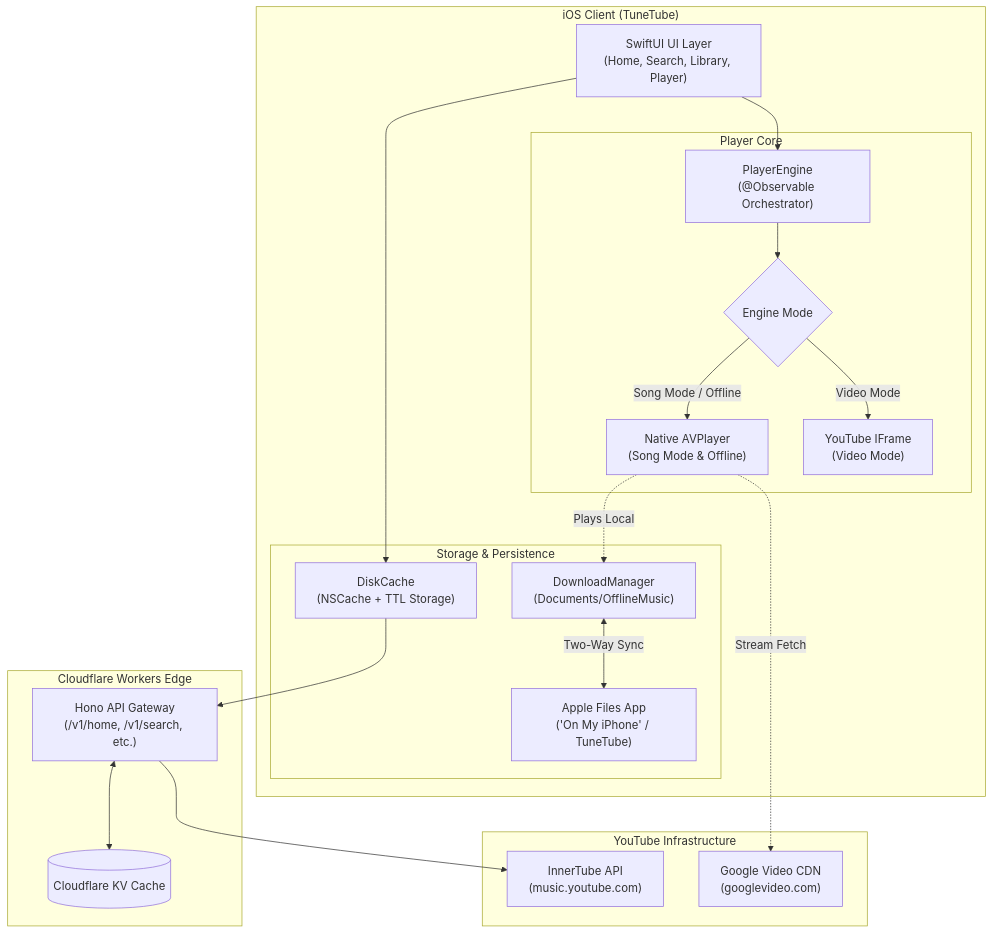
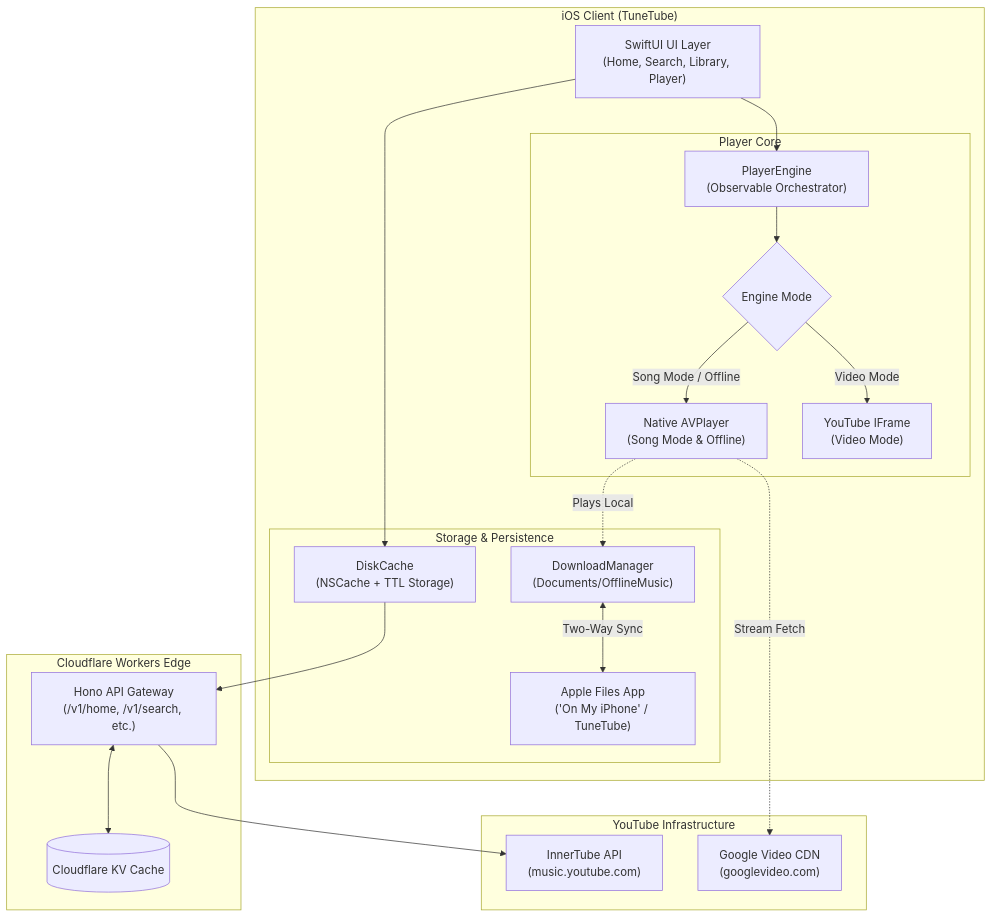
The diagram in README.md (MachangDoniel/TuneTube), drawn with Mermaid before and after one commit. The commit also changed 1 other file, not shown here.

Commit message:
docs: fix Mermaid syntax errors in ARCHITECTURE.md and README.md

````diff
--- a/README.md
+++ b/README.md
@@ -48,44 +48,44 @@
 ```mermaid
 flowchart TB
     subgraph iOSClient ["iOS Client (TuneTube)"]
         UI["SwiftUI UI Layer\n(Home, Search, Library, Player)"]
         
         subgraph EngineCore ["Player Core"]
-            PlayerEngine["PlayerEngine\n(@Observable Orchestrator)"]
+            PlayerEngine["PlayerEngine\n(Observable Orchestrator)"]
             Mode{"Engine Mode"}
             AVP["Native AVPlayer\n(Song Mode & Offline)"]
             IFrame["YouTube IFrame\n(Video Mode)"]
         end
         
         subgraph StorageCore ["Storage & Persistence"]
             DiskCache["DiskCache\n(NSCache + TTL Storage)"]
             DownloadMgr["DownloadManager\n(Documents/OfflineMusic)"]
             FilesApp["Apple Files App\n('On My iPhone' / TuneTube)"]
         end
     end
 
     subgraph Edge ["Cloudflare Workers Edge"]
         Worker["Hono API Gateway\n(/v1/home, /v1/search, etc.)"]
         KV[("Cloudflare KV Cache")]
     end
 
     subgraph Upstream ["YouTube Infrastructure"]
         InnerTube["InnerTube API\n(music.youtube.com)"]
         CDN["Google Video CDN\n(googlevideo.com)"]
     end
 
     UI --> PlayerEngine
     PlayerEngine --> Mode
     Mode -- "Song Mode / Offline" --> AVP
     Mode -- "Video Mode" --> IFrame
     
     AVP -. "Plays Local" .-> DownloadMgr
     DownloadMgr <-->|Two-Way Sync| FilesApp
     
     UI --> DiskCache
     DiskCache --> Worker
     Worker <--> KV
     Worker --> InnerTube
     
     AVP -. "Stream Fetch" .-> CDN
 ```
````
